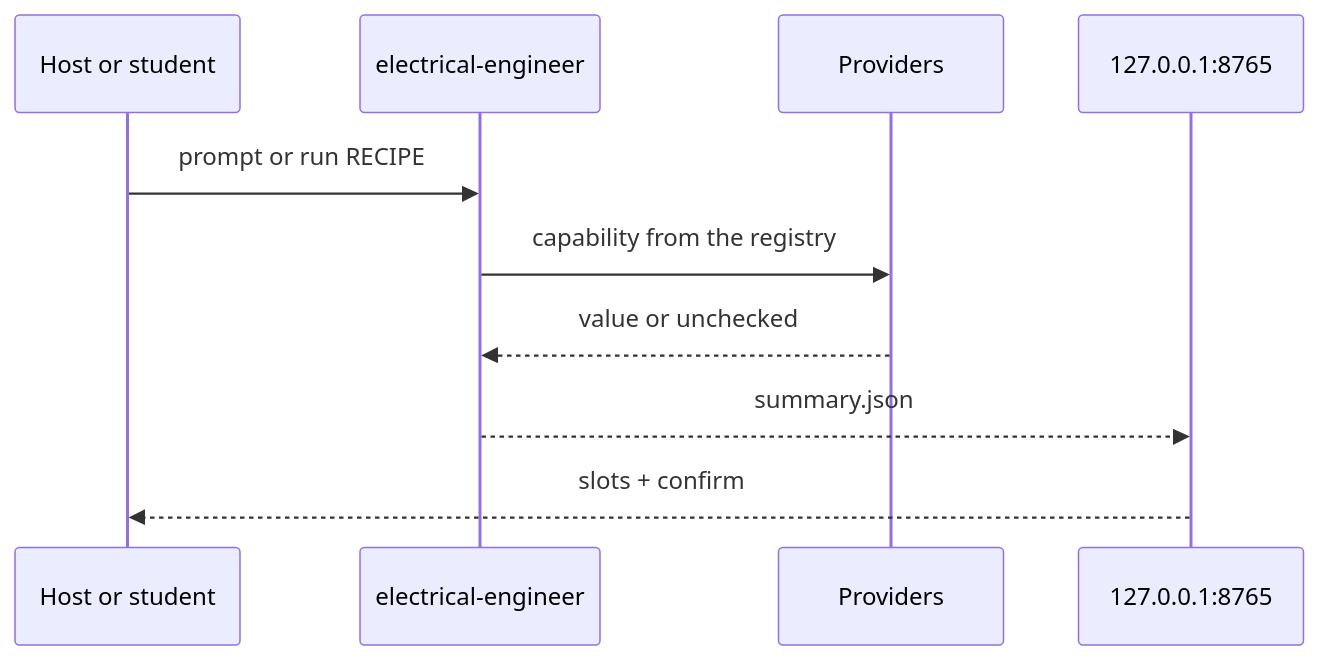
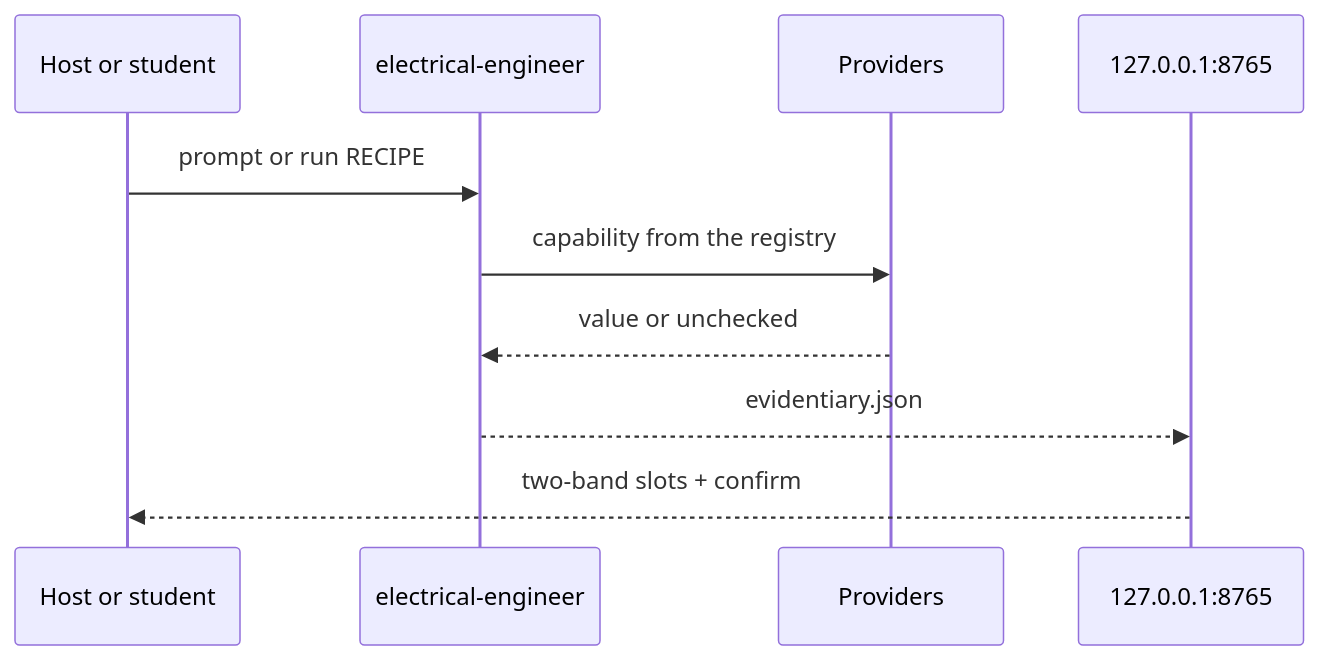
Before and after one commit to Vinayak-RZ/ARC: the diagram in README.md, drawn with Mermaid. The commit also changed other lines of this file and 2 other files, not shown here.

````diff
--- a/README.md
+++ b/README.md
@@ -91,12 +98,12 @@
 ```mermaid
 sequenceDiagram
   participant H as Host or student
   participant K as electrical-engineer
   participant P as Providers
   participant UI as 127.0.0.1:8765
   H->>K: prompt or run RECIPE
   K->>P: capability from the registry
   P-->>K: value or unchecked
-  K-->>UI: summary.json
-  UI-->>H: slots + confirm
+  K-->>UI: evidentiary.json
+  UI-->>H: two-band slots + confirm
 ```
````
